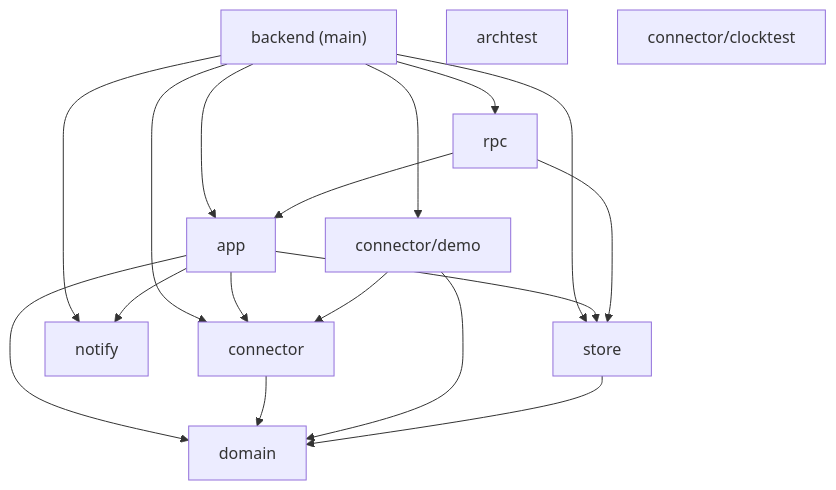
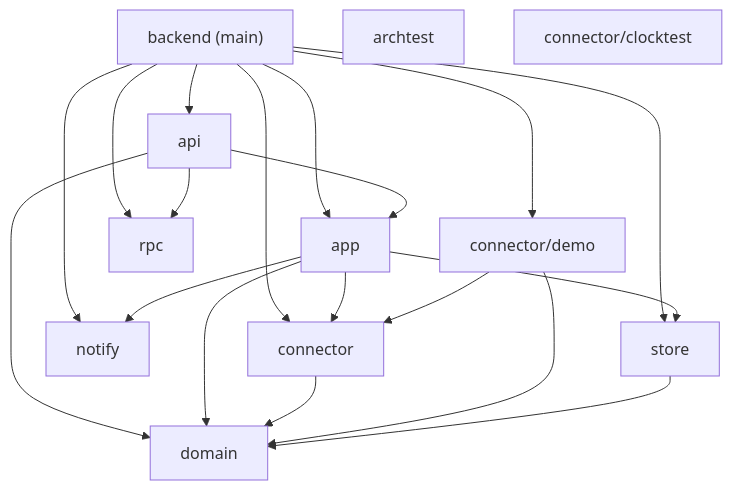
One commit to timlittle/omamessenger changed the diagram in docs/ARCHITECTURE.md. Above: the diagram before and after it, drawn with Mermaid. The commit also changed other lines of this file and 10 other files, not shown here.

First line of the commit message:
Make rpc generic and add the api adapter

````diff
--- a/docs/ARCHITECTURE.md
+++ b/docs/ARCHITECTURE.md
@@ -5,29 +5,32 @@
 ```mermaid
 graph TD
   p0["backend (main)"]
-  p1["app"]
-  p2["archtest"]
-  p3["connector"]
-  p4["connector/clocktest"]
-  p5["connector/demo"]
-  p6["domain"]
-  p7["notify"]
-  p8["rpc"]
-  p9["store"]
+  p1["api"]
+  p2["app"]
+  p3["archtest"]
+  p4["connector"]
+  p5["connector/clocktest"]
+  p6["connector/demo"]
+  p7["domain"]
+  p8["notify"]
+  p9["rpc"]
+  p10["store"]
   p0 --> p1
-  p0 --> p3
-  p0 --> p5
-  p0 --> p7
+  p0 --> p2
+  p0 --> p4
+  p0 --> p6
   p0 --> p8
   p0 --> p9
-  p1 --> p3
-  p1 --> p6
+  p0 --> p10
+  p1 --> p2
   p1 --> p7
   p1 --> p9
-  p3 --> p6
-  p5 --> p3
-  p5 --> p6
-  p8 --> p1
-  p8 --> p9
-  p9 --> p6
+  p2 --> p4
+  p2 --> p7
+  p2 --> p8
+  p2 --> p10
+  p4 --> p7
+  p6 --> p4
+  p6 --> p7
+  p10 --> p7
 ```
````
